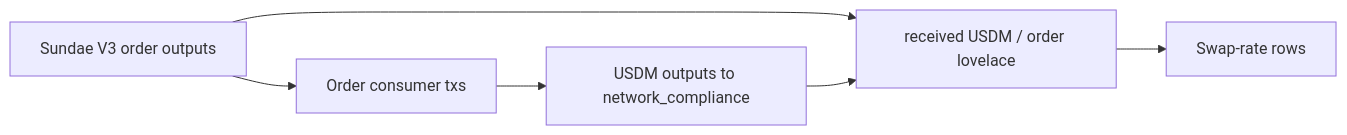
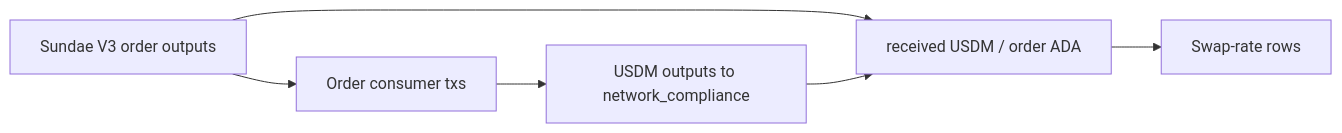
The diagram in docs/may-2026-amaru-lattice/queries/19-swap-receipts-and-rates.md (lambdasistemi/cardano-tx-tools), drawn with Mermaid before and after one commit. The commit also changed other lines of this file and 34 other files, not shown here.

````diff
--- a/docs/may-2026-amaru-lattice/queries/19-swap-receipts-and-rates.md
+++ b/docs/may-2026-amaru-lattice/queries/19-swap-receipts-and-rates.md
@@ -33,14 +33,14 @@
 ```mermaid
 flowchart LR
   orders[Sundae V3 order outputs]
   consumers[Order consumer txs]
   receipts[USDM outputs to network_compliance]
-  rate[received USDM / order lovelace]
+  rate[received USDM / order ADA]
   table[Swap-rate rows]
 
   orders --> consumers
   consumers --> receipts
   orders --> rate
   receipts --> rate
   rate --> table
 ```
````
